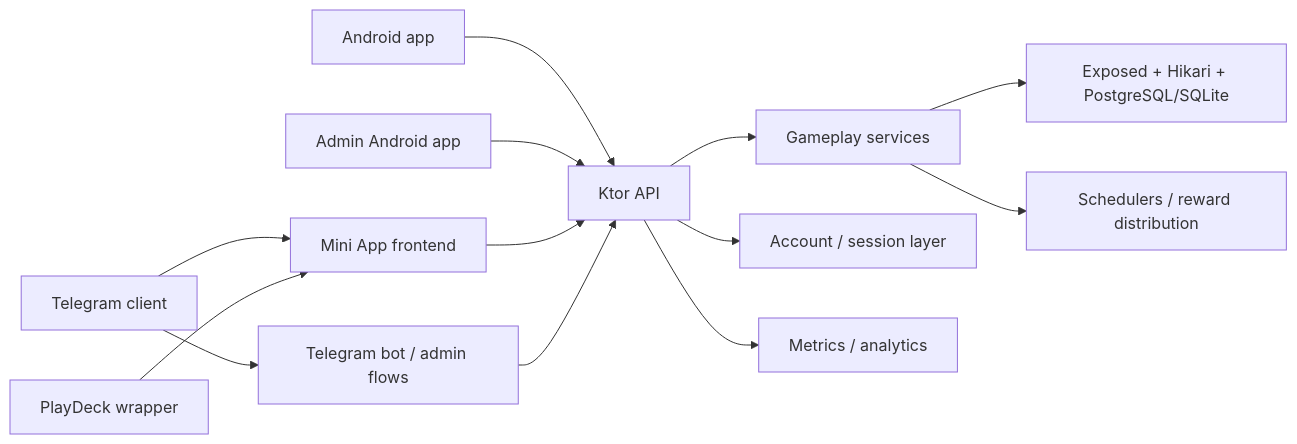
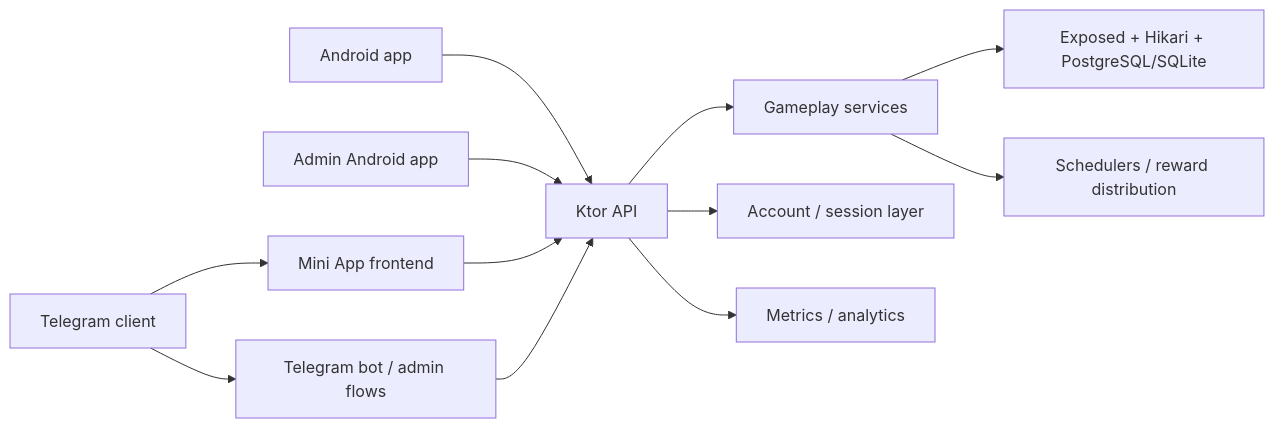
One commit to anry88/RiverKing changed the diagram in README.md. Above: the diagram before and after it, drawn with Mermaid. The commit also changed other lines of this file and 20 other files, not shown here.

Commit message:
Remove PlayDeck integration and submission materials

````diff
--- a/README.md
+++ b/README.md
@@ -61,15 +61,14 @@
 ```mermaid
 flowchart LR
     A["Telegram client"] --> B["Mini App frontend"]
-    L["PlayDeck wrapper"] --> B
     A --> C["Telegram bot / admin flows"]
     I["Android app"] --> D
     K["Admin Android app"] --> D
     B --> D["Ktor API"]
     C --> D
     D --> E["Gameplay services"]
     D --> J["Account / session layer"]
     E --> F["Exposed + Hikari + PostgreSQL/SQLite"]
     D --> G["Metrics / analytics"]
     E --> H["Schedulers / reward distribution"]
 ```
````
